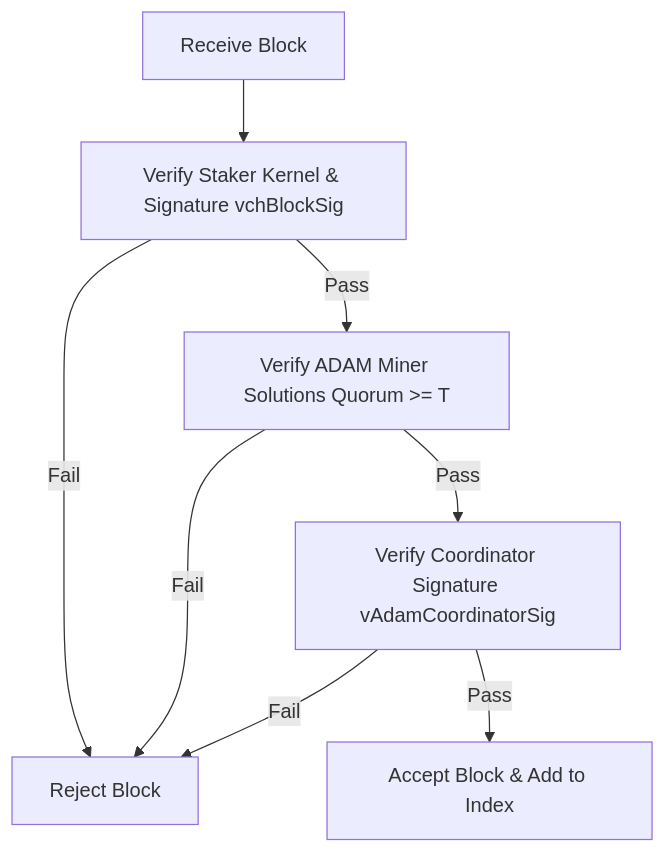
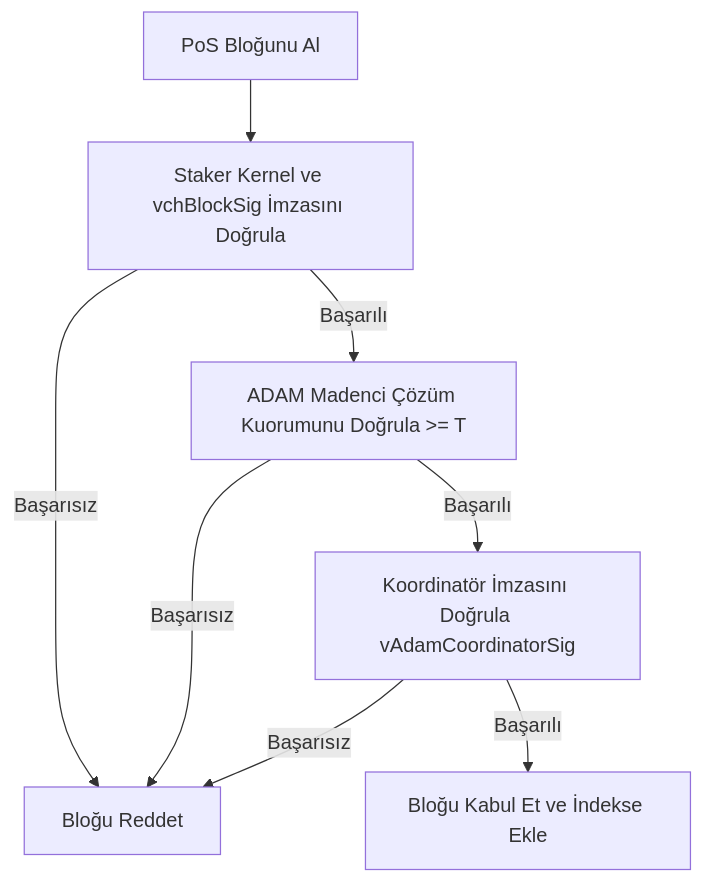
One commit to bedri/KristaTech-KRISTA changed the diagram in doc/ktips/KTIP-0004_PoMBL_TR.md. Above: the diagram before and after it, drawn with Mermaid. The commit also changed other lines of this file and 88 other files, not shown here.

````diff
--- a/doc/ktips/KTIP-0004_PoMBL_TR.md
+++ b/doc/ktips/KTIP-0004_PoMBL_TR.md
@@ -65,10 +65,10 @@
 ```mermaid
 graph TD
-    BlockReceived["Receive Block"] --> CheckPoS["Verify Staker Kernel & Signature vchBlockSig"]
-    CheckPoS -- "Fail" --> Reject["Reject Block"]
-    CheckPoS -- "Pass" --> CheckQuorum["Verify ADAM Miner Solutions Quorum >= T"]
-    CheckQuorum -- "Fail" --> Reject
-    CheckQuorum -- "Pass" --> CheckCoordinator["Verify Coordinator Signature vAdamCoordinatorSig"]
-    CheckCoordinator -- "Fail" --> Reject
-    CheckCoordinator -- "Pass" --> Accept["Accept Block & Add to Index"]
+    BlockReceived["PoS Bloğunu Al"] --> CheckPoS["Staker Kernel ve vchBlockSig İmzasını Doğrula"]
+    CheckPoS -- "Başarısız" --> Reject["Bloğu Reddet"]
+    CheckPoS -- "Başarılı" --> CheckQuorum["ADAM Madenci Çözüm Kuorumunu Doğrula >= T"]
+    CheckQuorum -- "Başarısız" --> Reject
+    CheckQuorum -- "Başarılı" --> CheckCoordinator["Koordinatör İmzasını Doğrula vAdamCoordinatorSig"]
+    CheckCoordinator -- "Başarısız" --> Reject
+    CheckCoordinator -- "Başarılı" --> Accept["Bloğu Kabul Et ve İndekse Ekle"]
 ```
````
